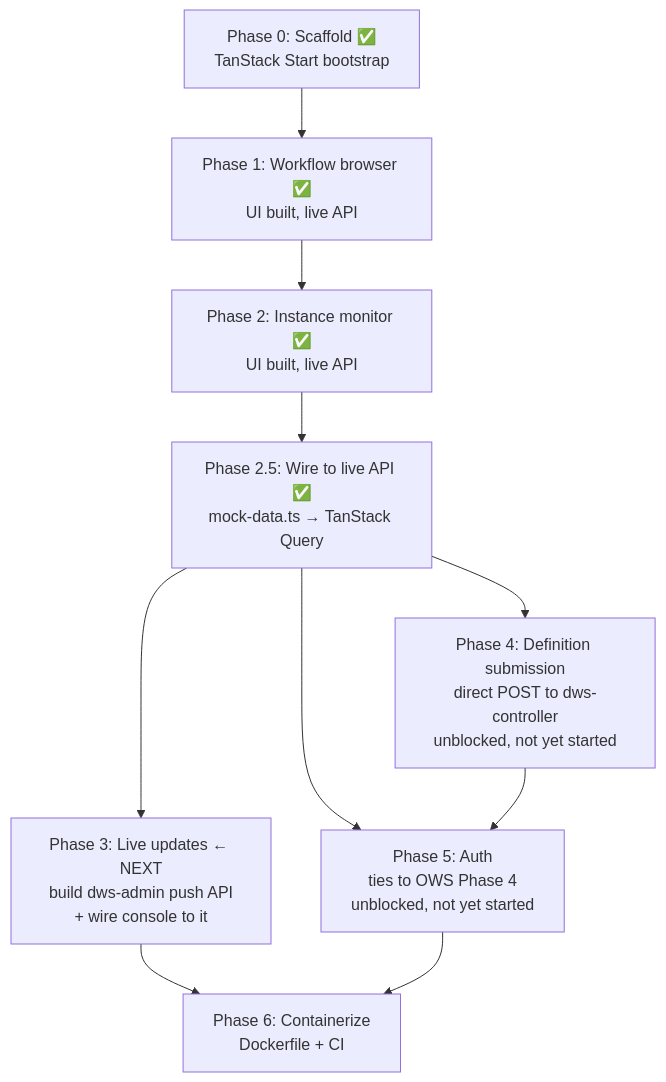
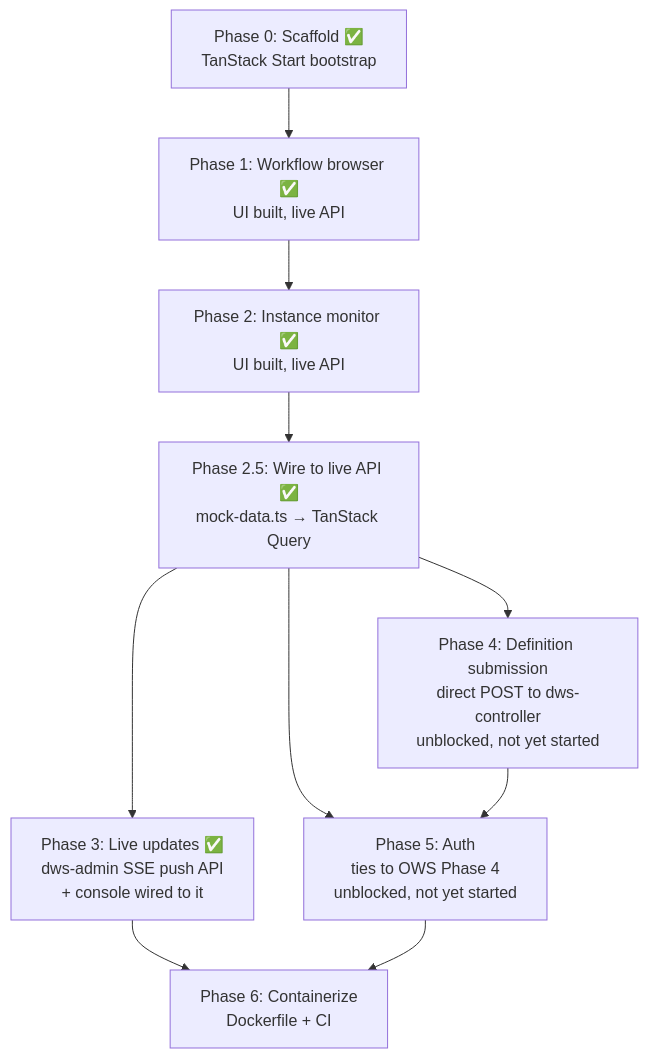
The diagram in docs/roadmaps/dws-console.md (tonylibs/dapr-workflow-spec), drawn with Mermaid before and after one commit. The commit also changed other lines of this file and 9 other files, not shown here.

First line of the commit message:
feat(dws-console): live status updates for running instances

````diff
--- a/docs/roadmaps/dws-console.md
+++ b/docs/roadmaps/dws-console.md
@@ -30,12 +32,12 @@
 ```mermaid
 flowchart TD
   P0["Phase 0: Scaffold ✅<br/>TanStack Start bootstrap"] --> P1["Phase 1: Workflow browser ✅<br/>UI built, live API"]
   P1 --> P2["Phase 2: Instance monitor ✅<br/>UI built, live API"]
   P2 --> P25["Phase 2.5: Wire to live API ✅<br/>mock-data.ts → TanStack Query"]
-  P25 --> P3["Phase 3: Live updates ← NEXT<br/>build dws-admin push API<br/>+ wire console to it"]
+  P25 --> P3["Phase 3: Live updates ✅<br/>dws-admin SSE push API<br/>+ console wired to it"]
   P25 --> P4["Phase 4: Definition submission<br/>direct POST to dws-controller<br/>unblocked, not yet started"]
   P25 --> P5["Phase 5: Auth<br/>ties to OWS Phase 4<br/>unblocked, not yet started"]
   P4 --> P5
   P3 --> P6["Phase 6: Containerize<br/>Dockerfile + CI"]
   P5 --> P6
 ```
````
